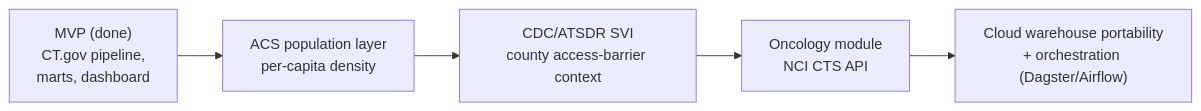
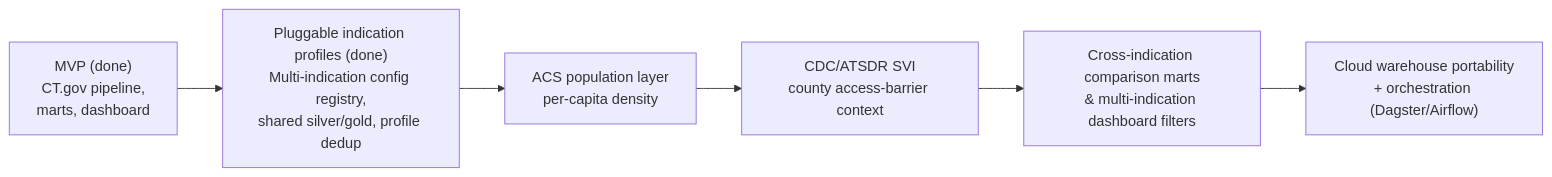
Before and after one commit to ne1cc/clinical-trial-intelligence: diagram 14 of 14 in PROJECT_DOCUMENTATION.md, drawn with Mermaid. The commit also changed other lines of this file and 13 other files, not shown here.

Commit message:
feat: pluggable indication profiles for multi-indication scope

````diff
--- a/PROJECT_DOCUMENTATION.md
+++ b/PROJECT_DOCUMENTATION.md
@@ -730,7 +740,8 @@
 ```mermaid
 flowchart LR
-    M1["MVP (done)<br/>CT.gov pipeline,<br/>marts, dashboard"] --> M2["ACS population layer<br/>per-capita density"]
+    M1["MVP (done)<br/>CT.gov pipeline,<br/>marts, dashboard"] --> MP["Pluggable indication profiles (done)<br/>Multi-indication config registry,<br/>shared silver/gold, profile dedup"]
+    MP --> M2["ACS population layer<br/>per-capita density"]
     M2 --> M3["CDC/ATSDR SVI<br/>county access-barrier context"]
-    M3 --> M4["Oncology module<br/>NCI CTS API"]
+    M3 --> M4["Cross-indication comparison marts<br/>& multi-indication dashboard filters"]
     M4 --> M5["Cloud warehouse portability<br/>+ orchestration (Dagster/Airflow)"]
 ```
````
